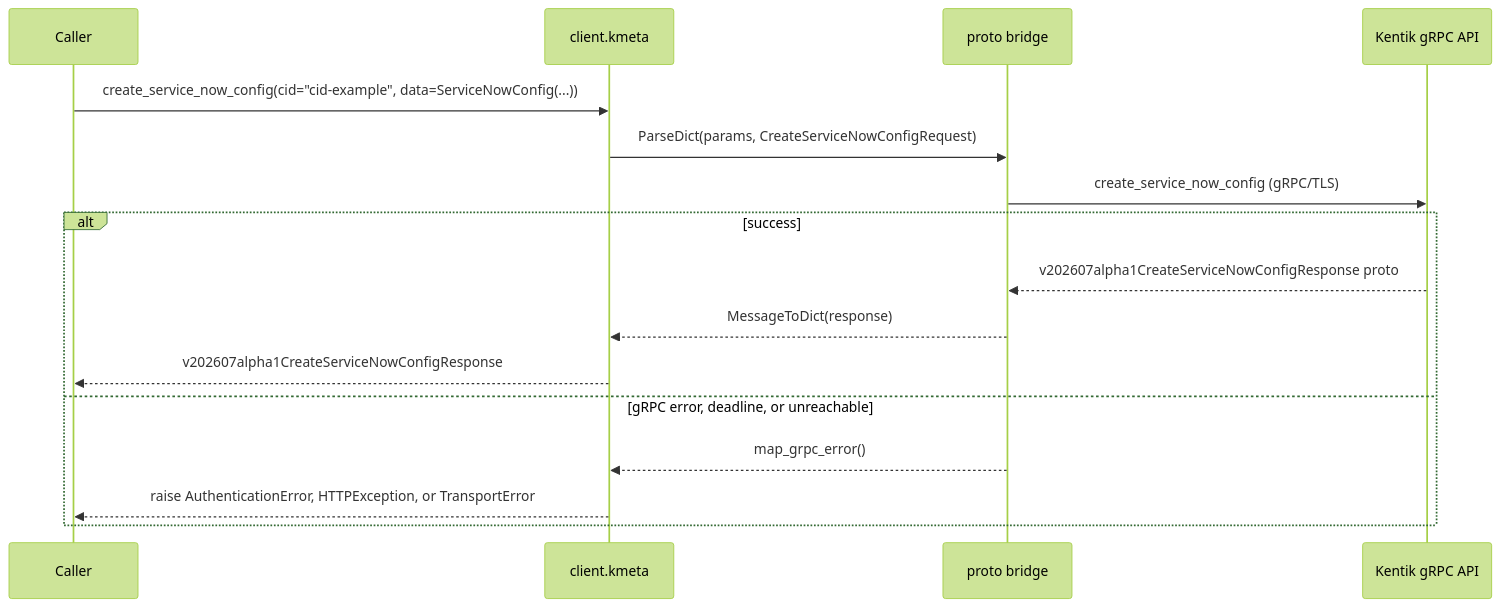
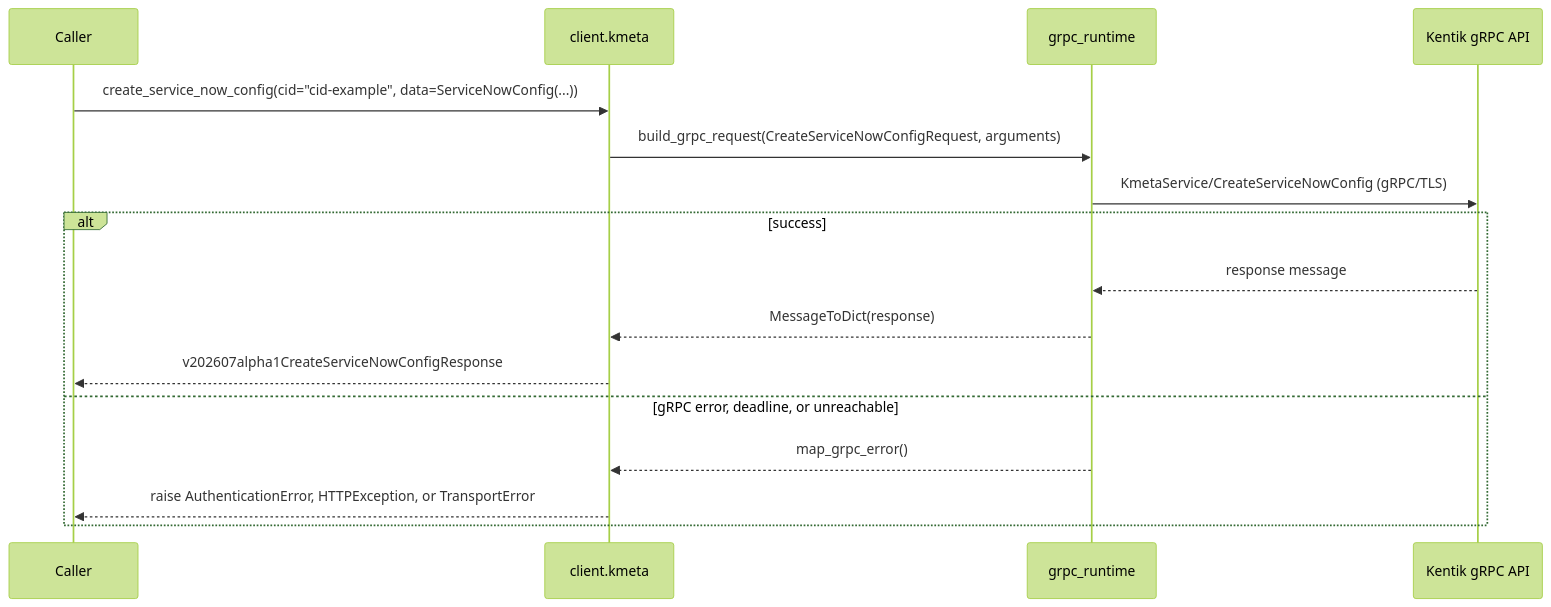
The fifth of 12 diagrams in docs/sphinx/services/kmeta.md (alexdearaujo/community_sdk_python), drawn with Mermaid (forest theme) before and after one commit. The commit also changed other lines of this file and 37 other files, not shown here.

First line of the commit message:
docs: show the real RPC in each service page's gRPC diagram

````diff
--- a/docs/sphinx/services/kmeta.md
+++ b/docs/sphinx/services/kmeta.md
@@ -135,19 +135,19 @@
 ```mermaid
 sequenceDiagram
     participant C as Caller
     participant W as client.kmeta
-    participant B as proto bridge
+    participant R as grpc_runtime
     participant API as Kentik gRPC API
 
     C->>W: create_service_now_config(cid="cid-example", data=ServiceNowConfig(...))
-    W->>B: ParseDict(params, CreateServiceNowConfigRequest)
-    B->>API: create_service_now_config (gRPC/TLS)
+    W->>R: build_grpc_request(CreateServiceNowConfigRequest, arguments)
+    R->>API: KmetaService/CreateServiceNowConfig (gRPC/TLS)
     alt success
-        API-->>B: v202607alpha1CreateServiceNowConfigResponse proto
-        B-->>W: MessageToDict(response)
+        API-->>R: response message
+        R-->>W: MessageToDict(response)
         W-->>C: v202607alpha1CreateServiceNowConfigResponse
     else gRPC error, deadline, or unreachable
-        B-->>W: map_grpc_error()
+        R-->>W: map_grpc_error()
         W-->>C: raise AuthenticationError, HTTPException, or TransportError
     end
 ```
````
